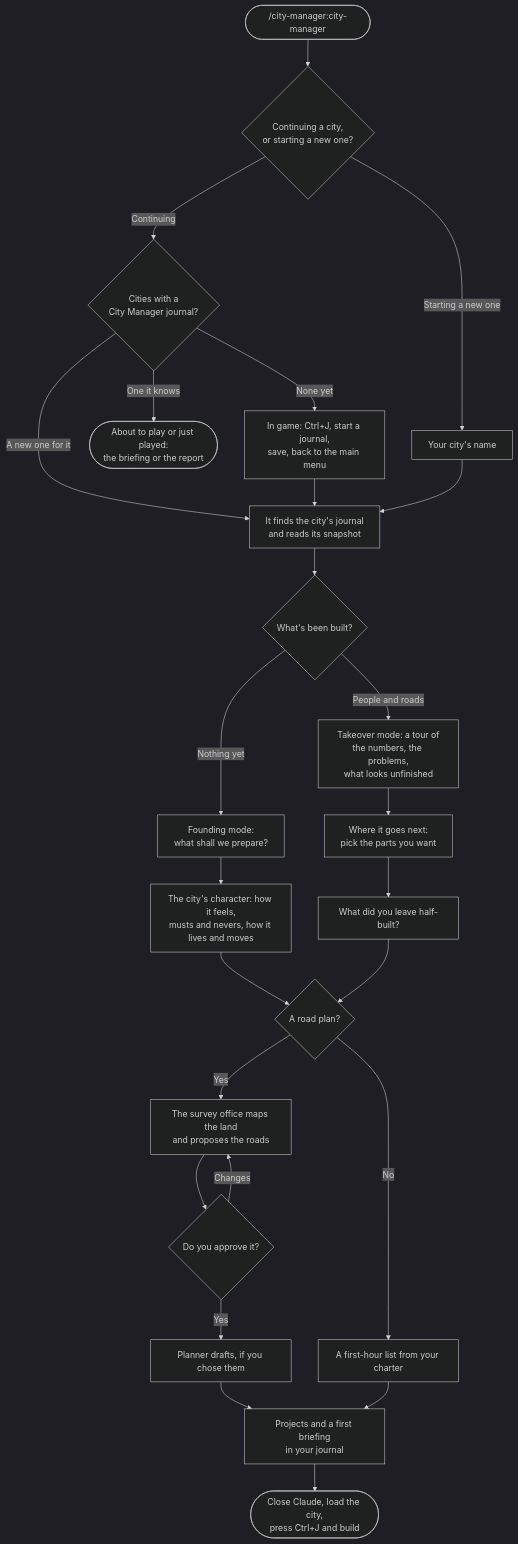
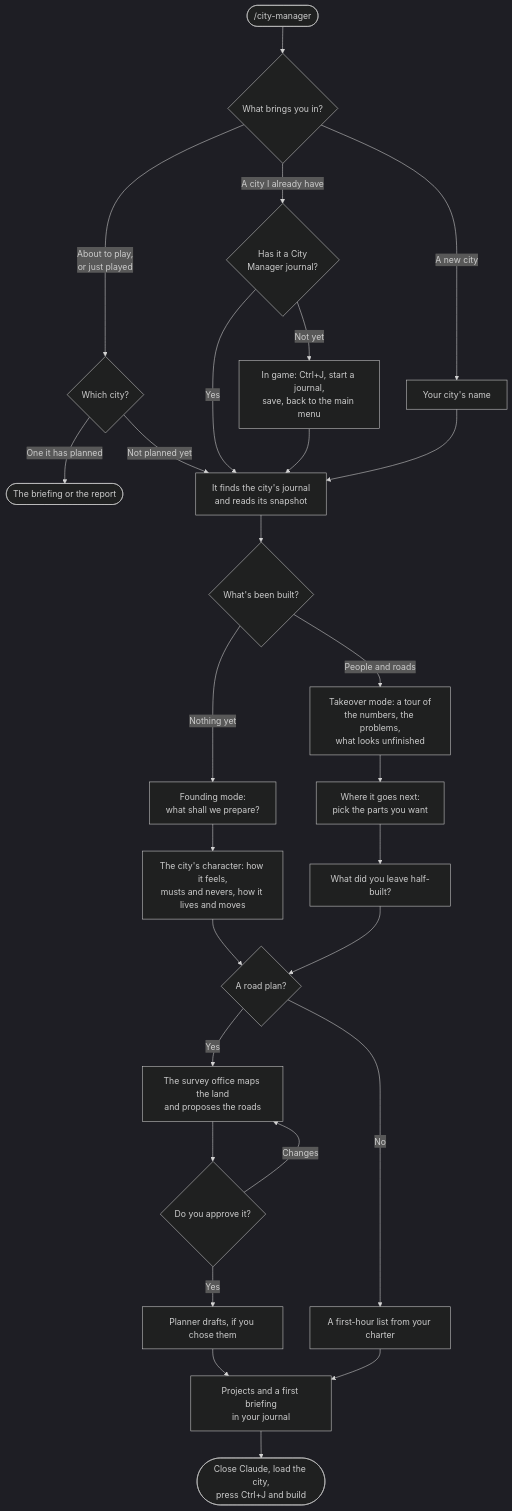
Before and after one commit to mayorgergich/cs2-city-manager: the diagram in docs/guide.md, drawn with Mermaid (dark theme). The commit also changed other lines of this file and 21 other files, not shown here.

````diff
--- a/docs/guide.md
+++ b/docs/guide.md
@@ -97,28 +98,30 @@
 ```mermaid
 flowchart TD
-    A(["/city-manager:city-manager"]) --> M{"Continuing a city,<br/>or starting a new one?"}
-    M -- "Starting a new one" --> N["Your city's name"]
-    M -- "Continuing" --> P{"Cities with a<br/>City Manager journal?"}
-    P -- "One it knows" --> S(["About to play or just played:<br/>the briefing or the report"])
-    P -- "A new one for it" --> D
-    P -- "None yet" --> Q["In game: Ctrl+J, start a journal,<br/>save, back to the main menu"]
+    A(["/city-manager"]) --> M{"What brings you in?"}
+    M -- "About to play,<br/>or just played" --> W{"Which city?"}
+    W -- "One it has planned" --> S(["The briefing or the report"])
+    W -- "Not planned yet" --> D
+    M -- "A new city" --> N["Your city's name"]
+    M -- "A city I already have" --> P{"Has it a City<br/>Manager journal?"}
+    P -- "Yes" --> D
+    P -- "Not yet" --> Q["In game: Ctrl+J, start a journal,<br/>save, back to the main menu"]
     Q --> D
     N --> D["It finds the city's journal<br/>and reads its snapshot"]
     D --> E{"What's been built?"}
     E -- "Nothing yet" --> F["Founding mode:<br/>what shall we prepare?"]
     E -- "People and roads" --> G["Takeover mode: a tour of<br/>the numbers, the problems,<br/>what looks unfinished"]
     F --> F1["The city's character: how it feels,<br/>musts and nevers, how it lives and moves"]
     F1 --> R{"A road plan?"}
     G --> G1["Where it goes next:<br/>pick the parts you want"]
     G1 --> G2["What did you leave half-built?"]
     G2 --> R
     R -- Yes --> R1["The survey office maps the land<br/>and proposes the roads"]
     R1 --> R2{"Do you approve it?"}
     R2 -- "Changes" --> R1
     R2 -- Yes --> R3["Planner drafts, if you chose them"]
     R3 --> H
     R -- No --> R4["A first-hour list from your charter"]
     R4 --> H
     H["Projects and a first briefing<br/>in your journal"]
     H --> I(["Close Claude, load the city,<br/>press Ctrl+J and build"])
 ```
````
